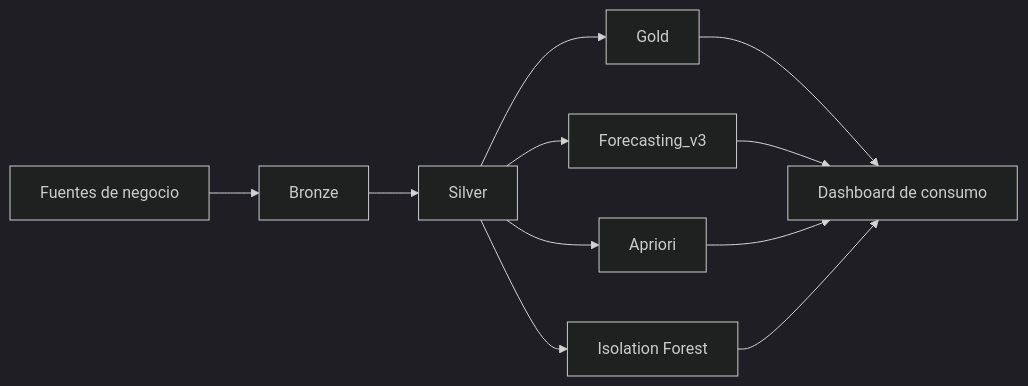
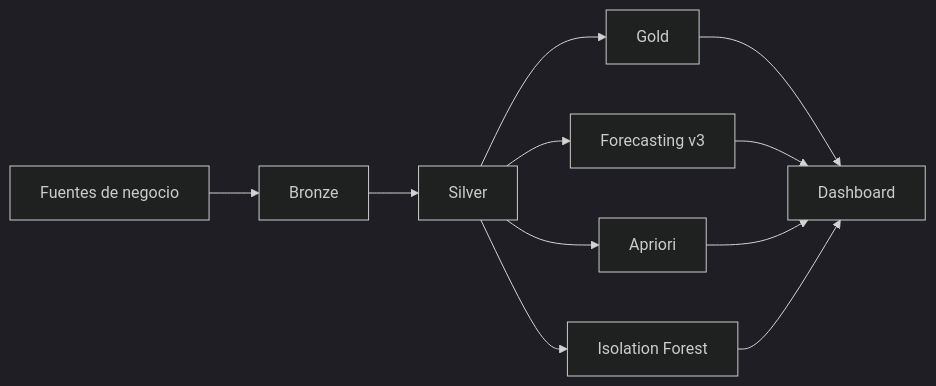
One commit to tonyfajardo1/proyecto-integrador changed the diagram in Avance Final/README.md. Above: the diagram before and after it, drawn with Mermaid (dark theme). The commit also changed other lines of this file and 63 other files, not shown here.

````diff
--- a/Avance Final/README.md
+++ b/Avance Final/README.md
@@ -36,13 +46,13 @@
 ```mermaid
 flowchart LR
     A["Fuentes de negocio"] --> B["Bronze"]
     B --> C["Silver"]
     C --> D["Gold"]
-    C --> E["Forecasting_v3"]
+    C --> E["Forecasting v3"]
     C --> F["Apriori"]
     C --> G["Isolation Forest"]
-    D --> H["Dashboard de consumo"]
+    D --> H["Dashboard"]
     E --> H
     F --> H
     G --> H
 ```
````
